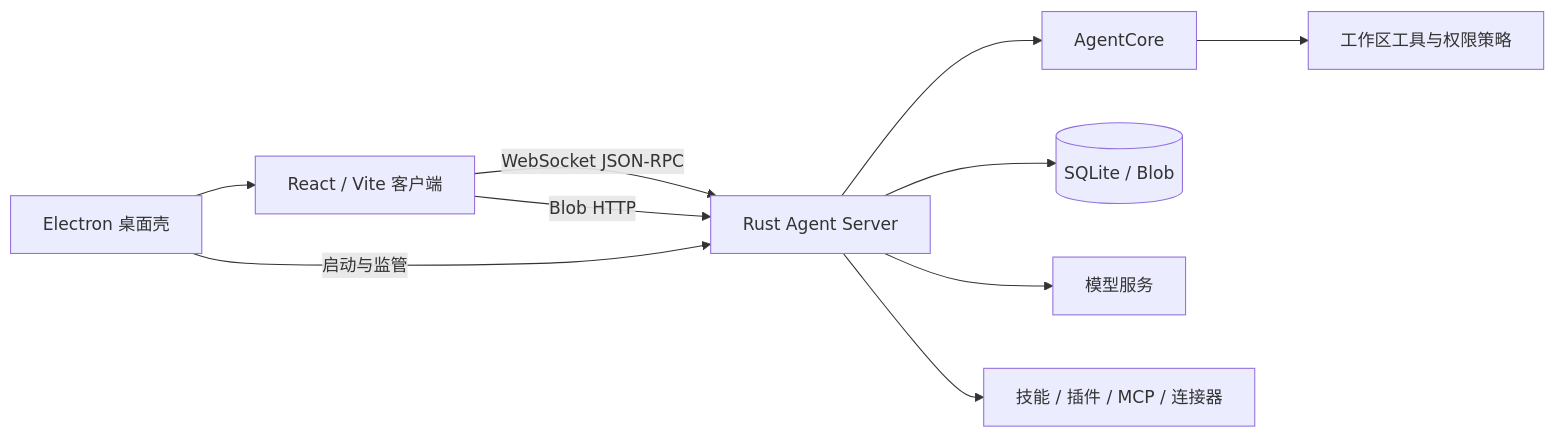
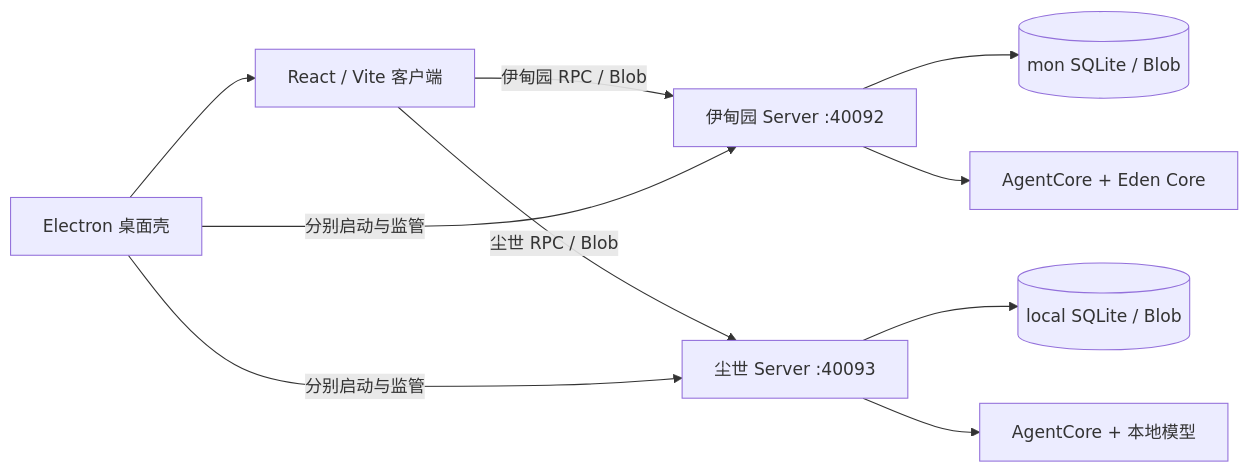
One commit to jiang357357357/EdenAgent changed the diagram in README.md. Above: the diagram before and after it, drawn with Mermaid. The commit also changed other lines of this file and 12 other files, not shown here.

Commit message:
feat: fully isolate Eden and local runtimes

````diff
--- a/README.md
+++ b/README.md
@@ -51,12 +51,12 @@
 ```mermaid
 flowchart LR
     Desktop[Electron 桌面壳] --> Web[React / Vite 客户端]
-    Web -->|WebSocket JSON-RPC| Server[Rust Agent Server]
-    Web -->|Blob HTTP| Server
-    Desktop -->|启动与监管| Server
-    Server --> Core[AgentCore]
-    Server --> Store[(SQLite / Blob)]
-    Server --> Models[模型服务]
-    Server --> Extensions[技能 / 插件 / MCP / 连接器]
-    Core --> Tools[工作区工具与权限策略]
+    Web -->|伊甸园 RPC / Blob| Mon[伊甸园 Server :40092]
+    Web -->|尘世 RPC / Blob| Local[尘世 Server :40093]
+    Desktop -->|分别启动与监管| Mon
+    Desktop -->|分别启动与监管| Local
+    Mon --> MonStore[(mon SQLite / Blob)]
+    Local --> LocalStore[(local SQLite / Blob)]
+    Mon --> Core[AgentCore + Eden Core]
+    Local --> LocalCore[AgentCore + 本地模型]
 ```
````
